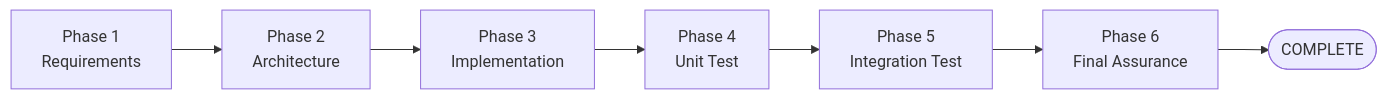
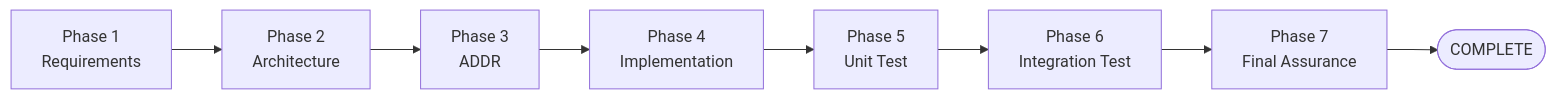
The fourth of 10 diagrams in docs/ai-sdlc/agent-framework-guide.md (shun-sa/ai-sdlc-copilot), drawn with Mermaid before and after one commit. The commit also changed other lines of this file and 16 other files, not shown here.

````diff
--- a/docs/ai-sdlc/agent-framework-guide.md
+++ b/docs/ai-sdlc/agent-framework-guide.md
@@ -207,12 +215,13 @@
 ```mermaid
 flowchart LR
     R[Phase 1<br/>Requirements]
     A[Phase 2<br/>Architecture]
-    I[Phase 3<br/>Implementation]
-    U[Phase 4<br/>Unit Test]
-    IT[Phase 5<br/>Integration Test]
-    FA[Phase 6<br/>Final Assurance]
+    AD[Phase 3<br/>ADDR]
+    I[Phase 4<br/>Implementation]
+    U[Phase 5<br/>Unit Test]
+    IT[Phase 6<br/>Integration Test]
+    FA[Phase 7<br/>Final Assurance]
     C([COMPLETE])
 
-    R --> A --> I --> U --> IT --> FA --> C
+    R --> A --> AD --> I --> U --> IT --> FA --> C
 ```
````
